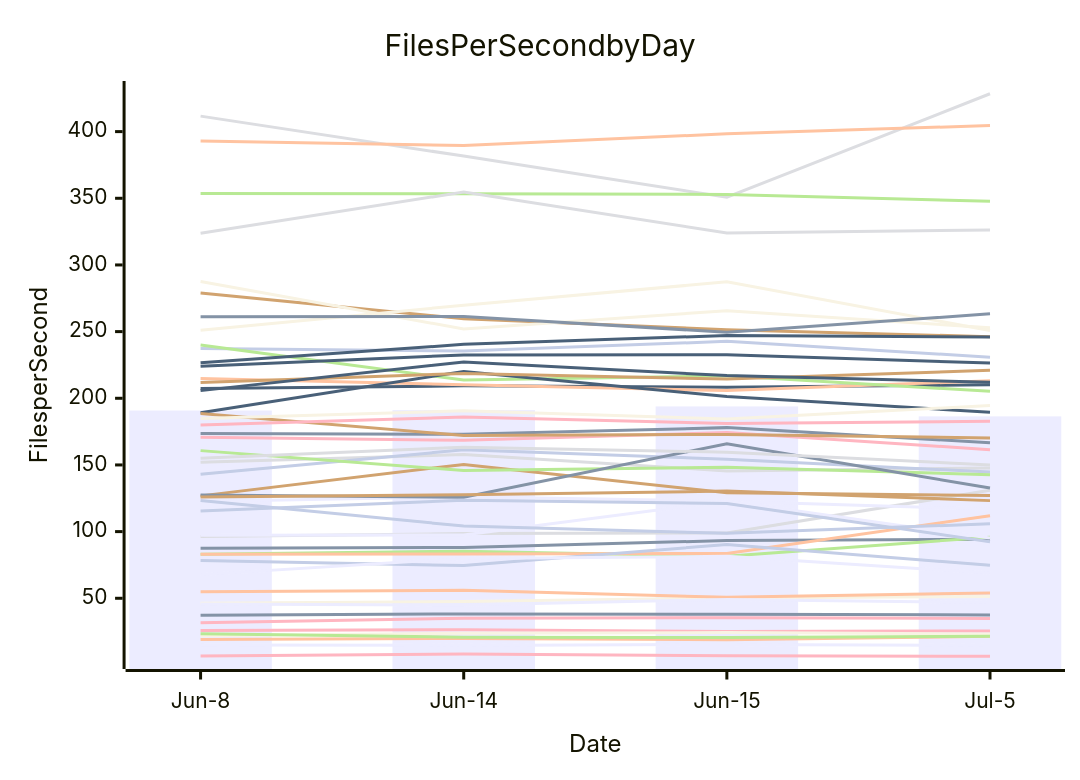
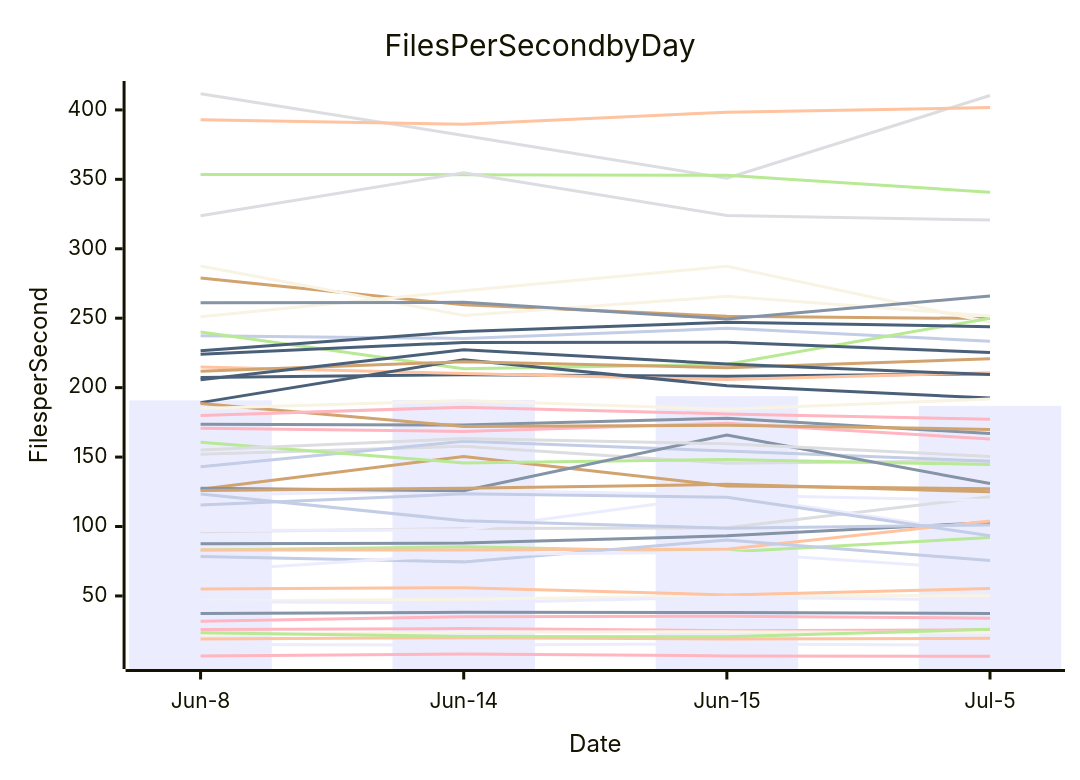
The diagram in perf-report.md (kenji-miyake/cspell), drawn with Mermaid before and after one commit. The commit also changed other lines of this file and 2 other files, not shown here.

````diff
--- a/perf-report.md
+++ b/perf-report.md
@@ -11,57 +11,57 @@
 ```mermaid
 xychart-beta
     title Files Per Second by Day
     y-axis Files per Second
     x-axis Date [Jun-8, Jun-14, Jun-15, Jul-5]
-    bar [190.81, 191.12, 193.90, 186.44]
-    line [87.60, 88.07, 93.31, 94.23]
-    line [19.01, 19.91, 18.97, 21.44]
-    line [96.25, 98.55, 99.04, 131.09]
-    line [83.02, 85.34, 81.59, 95.84]
-    line [278.90, 259.60, 251.39, 246.20]
-    line [237.41, 235.41, 242.68, 230.86]
-    line [6.70, 8.24, 6.81, 6.52]
-    line [207.37, 209.33, 208.22, 210.06]
-    line [251.08, 269.77, 287.34, 250.80]
-    line [122.50, 126.17, 122.75, 116.89]
-    line [37.33, 38.26, 38.06, 37.52]
-    line [214.78, 210.20, 205.78, 213.12]
-    line [151.99, 157.77, 145.55, 147.67]
-    line [240.01, 213.64, 216.83, 205.22]
-    line [126.80, 150.40, 129.14, 127.10]
-    line [142.96, 161.35, 154.33, 144.69]
-    line [25.84, 26.48, 25.01, 25.48]
-    line [189.21, 220.12, 201.30, 189.52]
-    line [21.85, 23.82, 24.25, 23.14]
-    line [15.02, 14.65, 15.42, 14.57]
-    line [173.63, 173.03, 177.99, 166.62]
-    line [83.05, 83.17, 83.60, 111.89]
-    line [411.63, 381.64, 350.78, 428.40]
-    line [160.74, 145.81, 148.34, 142.72]
-    line [211.77, 218.65, 214.39, 221.04]
-    line [78.36, 74.53, 90.33, 74.73]
-    line [170.78, 168.46, 174.35, 161.44]
-    line [224.05, 232.54, 232.69, 226.47]
-    line [46.28, 47.54, 50.24, 51.30]
-    line [97.18, 97.48, 122.92, 95.17]
-    line [127.50, 125.76, 165.92, 132.71]
-    line [54.91, 55.98, 50.73, 54.02]
-    line [155.04, 163.34, 159.60, 149.95]
-    line [353.54, 353.38, 352.89, 347.76]
-    line [188.61, 172.10, 172.90, 170.22]
-    line [115.54, 123.50, 121.07, 92.47]
-    line [179.92, 185.95, 181.08, 182.76]
-    line [226.60, 240.44, 247.10, 246.03]
-    line [287.65, 251.95, 265.72, 252.85]
-    line [67.74, 79.92, 81.44, 68.93]
-    line [261.13, 261.42, 249.50, 263.35]
-    line [392.96, 389.62, 398.36, 404.53]
-    line [323.78, 354.69, 323.95, 326.24]
-    line [23.44, 20.77, 20.56, 21.43]
-    line [125.89, 127.61, 130.38, 123.24]
-    line [123.34, 104.15, 98.74, 105.85]
-    line [31.73, 34.98, 35.43, 34.87]
-    line [205.74, 227.27, 217.03, 211.98]
-    line [184.92, 190.66, 184.43, 194.55]
-    line [45.74, 44.93, 49.08, 46.79]
+    bar [190.81, 191.12, 193.90, 186.85]
+    line [87.60, 88.07, 93.31, 102.97]
+    line [19.01, 19.91, 18.97, 19.46]
+    line [96.25, 98.55, 99.04, 121.46]
+    line [83.02, 85.34, 81.59, 92.06]
+    line [278.90, 259.60, 251.39, 249.74]
+    line [237.41, 235.41, 242.68, 233.42]
+    line [6.70, 8.24, 6.81, 6.57]
+    line [207.37, 209.33, 208.22, 209.98]
+    line [251.08, 269.77, 287.34, 247.09]
+    line [122.50, 126.17, 122.75, 118.72]
+    line [37.33, 38.26, 38.06, 37.33]
+    line [214.78, 210.20, 205.78, 210.72]
+    line [151.99, 157.77, 145.55, 147.25]
+    line [240.01, 213.64, 216.83, 249.94]
+    line [126.80, 150.40, 129.14, 127.24]
+    line [142.96, 161.35, 154.33, 147.06]
+    line [25.84, 26.48, 25.01, 25.58]
+    line [189.21, 220.12, 201.30, 192.47]
+    line [21.85, 23.82, 24.25, 23.61]
+    line [15.02, 14.65, 15.42, 14.44]
+    line [173.63, 173.03, 177.99, 166.99]
+    line [83.05, 83.17, 83.60, 104.04]
+    line [411.63, 381.64, 350.78, 410.40]
+    line [160.74, 145.81, 148.34, 144.57]
+    line [211.77, 218.65, 214.39, 220.82]
+    line [78.36, 74.53, 90.33, 75.44]
+    line [170.78, 168.46, 174.35, 163.07]
+    line [224.05, 232.54, 232.69, 225.39]
+    line [46.28, 47.54, 50.24, 50.17]
+    line [97.18, 97.48, 122.92, 94.49]
+    line [127.50, 125.76, 165.92, 130.91]
+    line [54.91, 55.98, 50.73, 55.28]
+    line [155.04, 163.34, 159.60, 150.47]
+    line [353.54, 353.38, 352.89, 340.70]
+    line [188.61, 172.10, 172.90, 169.94]
+    line [115.54, 123.50, 121.07, 93.33]
+    line [179.92, 185.95, 181.08, 177.29]
+    line [226.60, 240.44, 247.10, 243.88]
+    line [287.65, 251.95, 265.72, 251.57]
+    line [67.74, 79.92, 81.44, 68.91]
+    line [261.13, 261.42, 249.50, 266.02]
+    line [392.96, 389.62, 398.36, 401.72]
+    line [323.78, 354.69, 323.95, 320.66]
+    line [23.44, 20.77, 20.56, 26.00]
+    line [125.89, 127.61, 130.38, 124.96]
+    line [123.34, 104.15, 98.74, 101.09]
+    line [31.73, 34.98, 35.43, 33.94]
+    line [205.74, 227.27, 217.03, 209.38]
+    line [184.92, 190.66, 184.43, 191.84]
+    line [45.74, 44.93, 49.08, 47.14]
 ```
````
